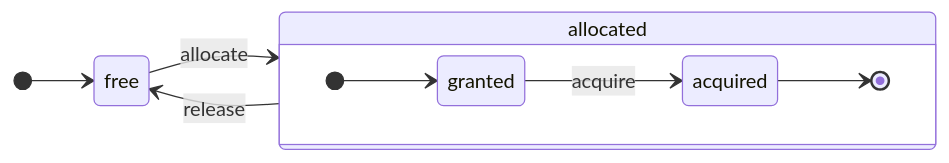
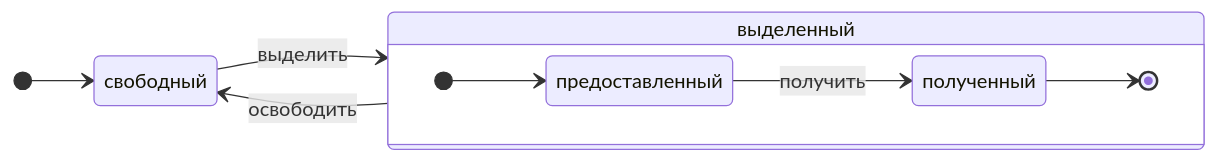
Before and after one commit to ClickHouse/clickhouse-docs: the diagram in i18n/ru/docusaurus-plugin-content-docs/current/development/architecture.md, drawn with Mermaid. The commit also changed other lines of this file and 4639 other files, not shown here.

````diff
--- a/i18n/ru/docusaurus-plugin-content-docs/current/development/architecture.md
+++ b/i18n/ru/docusaurus-plugin-content-docs/current/development/architecture.md
@@ -246,13 +259,13 @@
 ```mermaid
 stateDiagram-v2
     direction LR
-    [*] --> free
-    free --> allocated: allocate
-    state allocated {
+    [*] --> свободный
+    свободный --> выделенный: выделить
+    state выделенный {
         direction LR
-        [*] --> granted
-        granted --> acquired: acquire
-        acquired --> [*]
+        [*] --> предоставленный
+        предоставленный --> полученный: получить
+        полученный --> [*]
     }
-    allocated --> free: release
+    выделенный --> свободный: освободить
 ```
````
